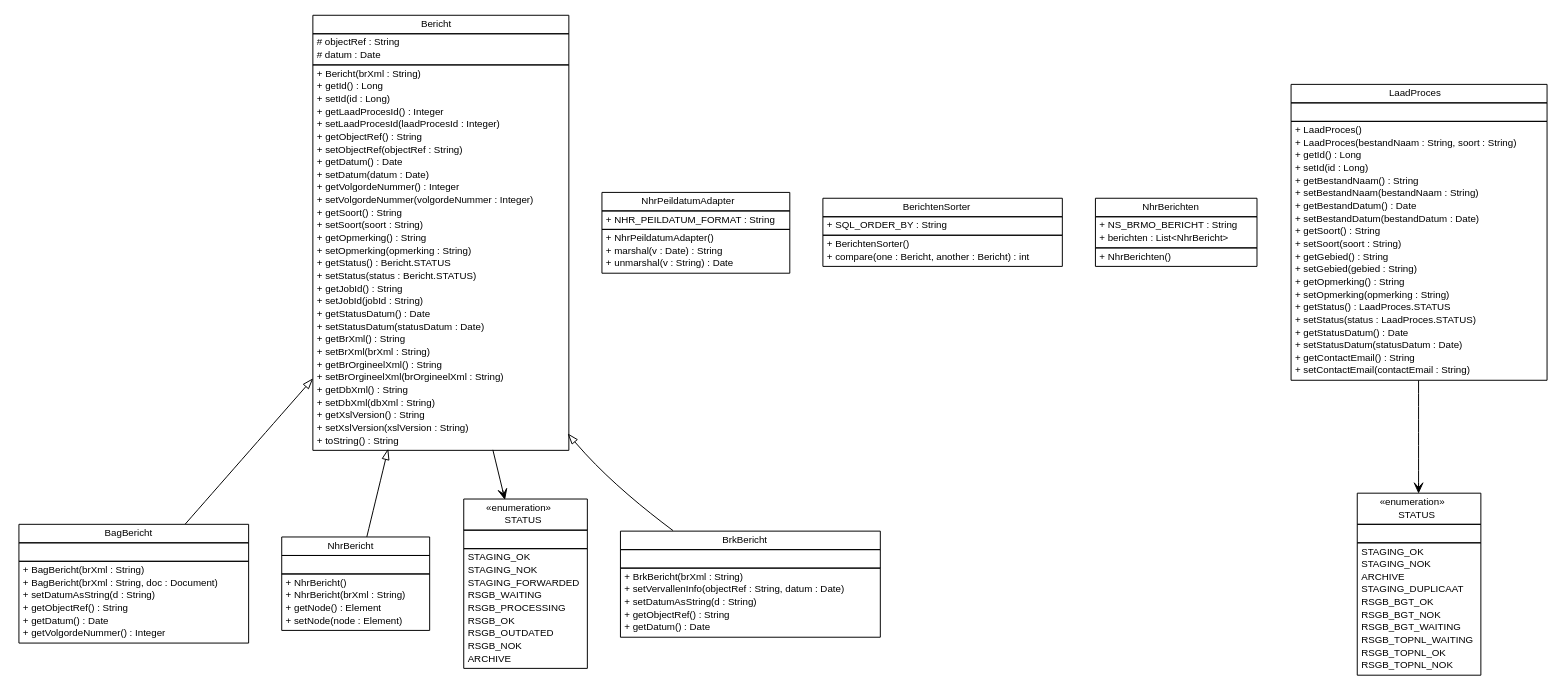
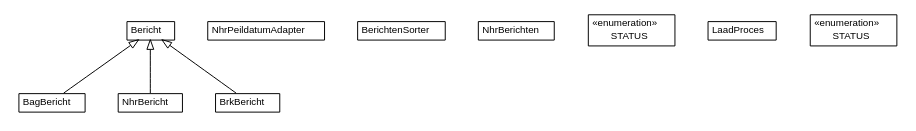
The diagram in brmo-loader/apidocs/nl/b3p/brmo/loader/entity/nl.b3p.brmo.loader.entity.dot (B3Partners/brmo), drawn with Graphviz before and after one commit. The commit also changed 475 other files, not shown here.

```diff
--- a/brmo-loader/apidocs/nl/b3p/brmo/loader/entity/nl.b3p.brmo.loader.entity.dot
+++ b/brmo-loader/apidocs/nl/b3p/brmo/loader/entity/nl.b3p.brmo.loader.entity.dot
@@ -10,217 +10,71 @@
 	nodesep=0.25;
 	ranksep=0.5;
 	// nl.b3p.brmo.loader.entity.BagBericht
-	c232 [label=<<table title="nl.b3p.brmo.loader.entity.BagBericht" border="0" cellborder="1" cellspacing="0" cellpadding="2" port="p" href="./BagBericht.html">
+	c231 [label=<<table title="nl.b3p.brmo.loader.entity.BagBericht" border="0" cellborder="1" cellspacing="0" cellpadding="2" port="p" href="./BagBericht.html">
 		<tr><td><table border="0" cellspacing="0" cellpadding="1">
 <tr><td align="center" balign="center"> BagBericht </td></tr>
 		</table></td></tr>
-		<tr><td><table border="0" cellspacing="0" cellpadding="1">
-<tr><td align="left" balign="left">  </td></tr>
-		</table></td></tr>
-		<tr><td><table border="0" cellspacing="0" cellpadding="1">
-<tr><td align="left" balign="left"> + BagBericht(brXml : String) </td></tr>
-<tr><td align="left" balign="left"> + BagBericht(brXml : String, doc : Document) </td></tr>
-<tr><td align="left" balign="left"> + setDatumAsString(d : String) </td></tr>
-<tr><td align="left" balign="left"> + getObjectRef() : String </td></tr>
-<tr><td align="left" balign="left"> + getDatum() : Date </td></tr>
-<tr><td align="left" balign="left"> + getVolgordeNummer() : Integer </td></tr>
-		</table></td></tr>
 		</table>>, URL="./BagBericht.html", fontname="Helvetica", fontcolor="black", fontsize=10.0];
 	// nl.b3p.brmo.loader.entity.NhrBericht
-	c233 [label=<<table title="nl.b3p.brmo.loader.entity.NhrBericht" border="0" cellborder="1" cellspacing="0" cellpadding="2" port="p" href="./NhrBericht.html">
+	c232 [label=<<table title="nl.b3p.brmo.loader.entity.NhrBericht" border="0" cellborder="1" cellspacing="0" cellpadding="2" port="p" href="./NhrBericht.html">
 		<tr><td><table border="0" cellspacing="0" cellpadding="1">
 <tr><td align="center" balign="center"> NhrBericht </td></tr>
 		</table></td></tr>
-		<tr><td><table border="0" cellspacing="0" cellpadding="1">
-<tr><td align="left" balign="left">  </td></tr>
-		</table></td></tr>
-		<tr><td><table border="0" cellspacing="0" cellpadding="1">
-<tr><td align="left" balign="left"> + NhrBericht() </td></tr>
-<tr><td align="left" balign="left"> + NhrBericht(brXml : String) </td></tr>
-<tr><td align="left" balign="left"> + getNode() : Element </td></tr>
-<tr><td align="left" balign="left"> + setNode(node : Element) </td></tr>
-		</table></td></tr>
 		</table>>, URL="./NhrBericht.html", fontname="Helvetica", fontcolor="black", fontsize=10.0];
 	// nl.b3p.brmo.loader.entity.NhrPeildatumAdapter
-	c234 [label=<<table title="nl.b3p.brmo.loader.entity.NhrPeildatumAdapter" border="0" cellborder="1" cellspacing="0" cellpadding="2" port="p" href="./NhrPeildatumAdapter.html">
+	c233 [label=<<table title="nl.b3p.brmo.loader.entity.NhrPeildatumAdapter" border="0" cellborder="1" cellspacing="0" cellpadding="2" port="p" href="./NhrPeildatumAdapter.html">
 		<tr><td><table border="0" cellspacing="0" cellpadding="1">
 <tr><td align="center" balign="center"> NhrPeildatumAdapter </td></tr>
 		</table></td></tr>
-		<tr><td><table border="0" cellspacing="0" cellpadding="1">
-<tr><td align="left" balign="left"> + NHR_PEILDATUM_FORMAT : String </td></tr>
-		</table></td></tr>
-		<tr><td><table border="0" cellspacing="0" cellpadding="1">
-<tr><td align="left" balign="left"> + NhrPeildatumAdapter() </td></tr>
-<tr><td align="left" balign="left"> + marshal(v : Date) : String </td></tr>
-<tr><td align="left" balign="left"> + unmarshal(v : String) : Date </td></tr>
-		</table></td></tr>
 		</table>>, URL="./NhrPeildatumAdapter.html", fontname="Helvetica", fontcolor="black", fontsize=10.0];
 	// nl.b3p.brmo.loader.entity.BerichtenSorter
-	c235 [label=<<table title="nl.b3p.brmo.loader.entity.BerichtenSorter" border="0" cellborder="1" cellspacing="0" cellpadding="2" port="p" href="./BerichtenSorter.html">
+	c234 [label=<<table title="nl.b3p.brmo.loader.entity.BerichtenSorter" border="0" cellborder="1" cellspacing="0" cellpadding="2" port="p" href="./BerichtenSorter.html">
 		<tr><td><table border="0" cellspacing="0" cellpadding="1">
 <tr><td align="center" balign="center"> BerichtenSorter </td></tr>
 		</table></td></tr>
-		<tr><td><table border="0" cellspacing="0" cellpadding="1">
-<tr><td align="left" balign="left"> + SQL_ORDER_BY : String </td></tr>
-		</table></td></tr>
-		<tr><td><table border="0" cellspacing="0" cellpadding="1">
-<tr><td align="left" balign="left"> + BerichtenSorter() </td></tr>
-<tr><td align="left" balign="left"> + compare(one : Bericht, another : Bericht) : int </td></tr>
-		</table></td></tr>
 		</table>>, URL="./BerichtenSorter.html", fontname="Helvetica", fontcolor="black", fontsize=10.0];
 	// nl.b3p.brmo.loader.entity.NhrBerichten
-	c236 [label=<<table title="nl.b3p.brmo.loader.entity.NhrBerichten" border="0" cellborder="1" cellspacing="0" cellpadding="2" port="p" href="./NhrBerichten.html">
+	c235 [label=<<table title="nl.b3p.brmo.loader.entity.NhrBerichten" border="0" cellborder="1" cellspacing="0" cellpadding="2" port="p" href="./NhrBerichten.html">
 		<tr><td><table border="0" cellspacing="0" cellpadding="1">
 <tr><td align="center" balign="center"> NhrBerichten </td></tr>
 		</table></td></tr>
-		<tr><td><table border="0" cellspacing="0" cellpadding="1">
-<tr><td align="left" balign="left"> + NS_BRMO_BERICHT : String </td></tr>
-<tr><td align="left" balign="left"> + berichten : List&lt;NhrBericht&gt; </td></tr>
-		</table></td></tr>
-		<tr><td><table border="0" cellspacing="0" cellpadding="1">
-<tr><td align="left" balign="left"> + NhrBerichten() </td></tr>
-		</table></td></tr>
 		</table>>, URL="./NhrBerichten.html", fontname="Helvetica", fontcolor="black", fontsize=10.0];
 	// nl.b3p.brmo.loader.entity.Bericht
-	c237 [label=<<table title="nl.b3p.brmo.loader.entity.Bericht" border="0" cellborder="1" cellspacing="0" cellpadding="2" port="p" href="./Bericht.html">
+	c236 [label=<<table title="nl.b3p.brmo.loader.entity.Bericht" border="0" cellborder="1" cellspacing="0" cellpadding="2" port="p" href="./Bericht.html">
 		<tr><td><table border="0" cellspacing="0" cellpadding="1">
 <tr><td align="center" balign="center"> Bericht </td></tr>
 		</table></td></tr>
-		<tr><td><table border="0" cellspacing="0" cellpadding="1">
-<tr><td align="left" balign="left"> # objectRef : String </td></tr>
-<tr><td align="left" balign="left"> # datum : Date </td></tr>
-		</table></td></tr>
-		<tr><td><table border="0" cellspacing="0" cellpadding="1">
-<tr><td align="left" balign="left"> + Bericht(brXml : String) </td></tr>
-<tr><td align="left" balign="left"> + getId() : Long </td></tr>
-<tr><td align="left" balign="left"> + setId(id : Long) </td></tr>
-<tr><td align="left" balign="left"> + getLaadProcesId() : Integer </td></tr>
-<tr><td align="left" balign="left"> + setLaadProcesId(laadProcesId : Integer) </td></tr>
-<tr><td align="left" balign="left"> + getObjectRef() : String </td></tr>
-<tr><td align="left" balign="left"> + setObjectRef(objectRef : String) </td></tr>
-<tr><td align="left" balign="left"> + getDatum() : Date </td></tr>
-<tr><td align="left" balign="left"> + setDatum(datum : Date) </td></tr>
-<tr><td align="left" balign="left"> + getVolgordeNummer() : Integer </td></tr>
-<tr><td align="left" balign="left"> + setVolgordeNummer(volgordeNummer : Integer) </td></tr>
-<tr><td align="left" balign="left"> + getSoort() : String </td></tr>
-<tr><td align="left" balign="left"> + setSoort(soort : String) </td></tr>
-<tr><td align="left" balign="left"> + getOpmerking() : String </td></tr>
-<tr><td align="left" balign="left"> + setOpmerking(opmerking : String) </td></tr>
-<tr><td align="left" balign="left"> + getStatus() : Bericht.STATUS </td></tr>
-<tr><td align="left" balign="left"> + setStatus(status : Bericht.STATUS) </td></tr>
-<tr><td align="left" balign="left"> + getJobId() : String </td></tr>
-<tr><td align="left" balign="left"> + setJobId(jobId : String) </td></tr>
-<tr><td align="left" balign="left"> + getStatusDatum() : Date </td></tr>
-<tr><td align="left" balign="left"> + setStatusDatum(statusDatum : Date) </td></tr>
-<tr><td align="left" balign="left"> + getBrXml() : String </td></tr>
-<tr><td align="left" balign="left"> + setBrXml(brXml : String) </td></tr>
-<tr><td align="left" balign="left"> + getBrOrgineelXml() : String </td></tr>
-<tr><td align="left" balign="left"> + setBrOrgineelXml(brOrgineelXml : String) </td></tr>
-<tr><td align="left" balign="left"> + getDbXml() : String </td></tr>
-<tr><td align="left" balign="left"> + setDbXml(dbXml : String) </td></tr>
-<tr><td align="left" balign="left"> + getXslVersion() : String </td></tr>
-<tr><td align="left" balign="left"> + setXslVersion(xslVersion : String) </td></tr>
-<tr><td align="left" balign="left"> + toString() : String </td></tr>
-		</table></td></tr>
 		</table>>, URL="./Bericht.html", fontname="Helvetica", fontcolor="black", fontsize=10.0];
 	// nl.b3p.brmo.loader.entity.Bericht.STATUS
-	c238 [label=<<table title="nl.b3p.brmo.loader.entity.Bericht.STATUS" border="0" cellborder="1" cellspacing="0" cellpadding="2" port="p" href="./Bericht.STATUS.html">
+	c237 [label=<<table title="nl.b3p.brmo.loader.entity.Bericht.STATUS" border="0" cellborder="1" cellspacing="0" cellpadding="2" port="p" href="./Bericht.STATUS.html">
 		<tr><td><table border="0" cellspacing="0" cellpadding="1">
 <tr><td align="center" balign="center"> &#171;enumeration&#187; </td></tr>
 <tr><td align="center" balign="center"> STATUS </td></tr>
 		</table></td></tr>
-		<tr><td><table border="0" cellspacing="0" cellpadding="1">
-<tr><td align="left" balign="left">  </td></tr>
-		</table></td></tr>
-		<tr><td><table border="0" cellspacing="0" cellpadding="1">
-<tr><td align="left" balign="left"> STAGING_OK </td></tr>
-<tr><td align="left" balign="left"> STAGING_NOK </td></tr>
-<tr><td align="left" balign="left"> STAGING_FORWARDED </td></tr>
-<tr><td align="left" balign="left"> RSGB_WAITING </td></tr>
-<tr><td align="left" balign="left"> RSGB_PROCESSING </td></tr>
-<tr><td align="left" balign="left"> RSGB_OK </td></tr>
-<tr><td align="left" balign="left"> RSGB_OUTDATED </td></tr>
-<tr><td align="left" balign="left"> RSGB_NOK </td></tr>
-<tr><td align="left" balign="left"> ARCHIVE </td></tr>
-		</table></td></tr>
 		</table>>, URL="./Bericht.STATUS.html", fontname="Helvetica", fontcolor="black", fontsize=10.0];
 	// nl.b3p.brmo.loader.entity.BrkBericht
-	c239 [label=<<table title="nl.b3p.brmo.loader.entity.BrkBericht" border="0" cellborder="1" cellspacing="0" cellpadding="2" port="p" href="./BrkBericht.html">
+	c238 [label=<<table title="nl.b3p.brmo.loader.entity.BrkBericht" border="0" cellborder="1" cellspacing="0" cellpadding="2" port="p" href="./BrkBericht.html">
 		<tr><td><table border="0" cellspacing="0" cellpadding="1">
 <tr><td align="center" balign="center"> BrkBericht </td></tr>
 		</table></td></tr>
-		<tr><td><table border="0" cellspacing="0" cellpadding="1">
-<tr><td align="left" balign="left">  </td></tr>
-		</table></td></tr>
-		<tr><td><table border="0" cellspacing="0" cellpadding="1">
-<tr><td align="left" balign="left"> + BrkBericht(brXml : String) </td></tr>
-<tr><td align="left" balign="left"> + setVervallenInfo(objectRef : String, datum : Date) </td></tr>
-<tr><td align="left" balign="left"> + setDatumAsString(d : String) </td></tr>
-<tr><td align="left" balign="left"> + getObjectRef() : String </td></tr>
-<tr><td align="left" balign="left"> + getDatum() : Date </td></tr>
-		</table></td></tr>
 		</table>>, URL="./BrkBericht.html", fontname="Helvetica", fontcolor="black", fontsize=10.0];
 	// nl.b3p.brmo.loader.entity.LaadProces
-	c240 [label=<<table title="nl.b3p.brmo.loader.entity.LaadProces" border="0" cellborder="1" cellspacing="0" cellpadding="2" port="p" href="./LaadProces.html">
+	c239 [label=<<table title="nl.b3p.brmo.loader.entity.LaadProces" border="0" cellborder="1" cellspacing="0" cellpadding="2" port="p" href="./LaadProces.html">
 		<tr><td><table border="0" cellspacing="0" cellpadding="1">
 <tr><td align="center" balign="center"> LaadProces </td></tr>
 		</table></td></tr>
-		<tr><td><table border="0" cellspacing="0" cellpadding="1">
-<tr><td align="left" balign="left">  </td></tr>
-		</table></td></tr>
-		<tr><td><table border="0" cellspacing="0" cellpadding="1">
-<tr><td align="left" balign="left"> + LaadProces() </td></tr>
-<tr><td align="left" balign="left"> + LaadProces(bestandNaam : String, soort : String) </td></tr>
-<tr><td align="left" balign="left"> + getId() : Long </td></tr>
-<tr><td align="left" balign="left"> + setId(id : Long) </td></tr>
-<tr><td align="left" balign="left"> + getBestandNaam() : String </td></tr>
-<tr><td align="left" balign="left"> + setBestandNaam(bestandNaam : String) </td></tr>
-<tr><td align="left" balign="left"> + getBestandDatum() : Date </td></tr>
-<tr><td align="left" balign="left"> + setBestandDatum(bestandDatum : Date) </td></tr>
-<tr><td align="left" balign="left"> + getSoort() : String </td></tr>
-<tr><td align="left" balign="left"> + setSoort(soort : String) </td></tr>
-<tr><td align="left" balign="left"> + getGebied() : String </td></tr>
-<tr><td align="left" balign="left"> + setGebied(gebied : String) </td></tr>
-<tr><td align="left" balign="left"> + getOpmerking() : String </td></tr>
-<tr><td align="left" balign="left"> + setOpmerking(opmerking : String) </td></tr>
-<tr><td align="left" balign="left"> + getStatus() : LaadProces.STATUS </td></tr>
-<tr><td align="left" balign="left"> + setStatus(status : LaadProces.STATUS) </td></tr>
-<tr><td align="left" balign="left"> + getStatusDatum() : Date </td></tr>
-<tr><td align="left" balign="left"> + setStatusDatum(statusDatum : Date) </td></tr>
-<tr><td align="left" balign="left"> + getContactEmail() : String </td></tr>
-<tr><td align="left" balign="left"> + setContactEmail(contactEmail : String) </td></tr>
-		</table></td></tr>
 		</table>>, URL="./LaadProces.html", fontname="Helvetica", fontcolor="black", fontsize=10.0];
 	// nl.b3p.brmo.loader.entity.LaadProces.STATUS
-	c241 [label=<<table title="nl.b3p.brmo.loader.entity.LaadProces.STATUS" border="0" cellborder="1" cellspacing="0" cellpadding="2" port="p" href="./LaadProces.STATUS.html">
+	c240 [label=<<table title="nl.b3p.brmo.loader.entity.LaadProces.STATUS" border="0" cellborder="1" cellspacing="0" cellpadding="2" port="p" href="./LaadProces.STATUS.html">
 		<tr><td><table border="0" cellspacing="0" cellpadding="1">
 <tr><td align="center" balign="center"> &#171;enumeration&#187; </td></tr>
 <tr><td align="center" balign="center"> STATUS </td></tr>
 		</table></td></tr>
-		<tr><td><table border="0" cellspacing="0" cellpadding="1">
-<tr><td align="left" balign="left">  </td></tr>
-		</table></td></tr>
-		<tr><td><table border="0" cellspacing="0" cellpadding="1">
-<tr><td align="left" balign="left"> STAGING_OK </td></tr>
-<tr><td align="left" balign="left"> STAGING_NOK </td></tr>
-<tr><td align="left" balign="left"> ARCHIVE </td></tr>
-<tr><td align="left" balign="left"> STAGING_DUPLICAAT </td></tr>
-<tr><td align="left" balign="left"> RSGB_BGT_OK </td></tr>
-<tr><td align="left" balign="left"> RSGB_BGT_NOK </td></tr>
-<tr><td align="left" balign="left"> RSGB_BGT_WAITING </td></tr>
-<tr><td align="left" balign="left"> RSGB_TOPNL_WAITING </td></tr>
-<tr><td align="left" balign="left"> RSGB_TOPNL_OK </td></tr>
-<tr><td align="left" balign="left"> RSGB_TOPNL_NOK </td></tr>
-		</table></td></tr>
 		</table>>, URL="./LaadProces.STATUS.html", fontname="Helvetica", fontcolor="black", fontsize=10.0];
 	//nl.b3p.brmo.loader.entity.BagBericht extends nl.b3p.brmo.loader.entity.Bericht
-	c237:p -> c232:p [dir=back,arrowtail=empty];
+	c236:p -> c231:p [dir=back,arrowtail=empty];
 	//nl.b3p.brmo.loader.entity.NhrBericht extends nl.b3p.brmo.loader.entity.Bericht
-	c237:p -> c233:p [dir=back,arrowtail=empty];
+	c236:p -> c232:p [dir=back,arrowtail=empty];
 	//nl.b3p.brmo.loader.entity.BrkBericht extends nl.b3p.brmo.loader.entity.Bericht
-	c237:p -> c239:p [dir=back,arrowtail=empty];
-	// nl.b3p.brmo.loader.entity.Bericht NAVASSOC nl.b3p.brmo.loader.entity.Bericht.STATUS
-	c237:p -> c238:p [taillabel="", label="", headlabel="", fontname="Helvetica", fontcolor="black", fontsize=10.0, color="black", arrowhead=open];
-	// nl.b3p.brmo.loader.entity.LaadProces NAVASSOC nl.b3p.brmo.loader.entity.LaadProces.STATUS
-	c240:p -> c241:p [taillabel="", label="", headlabel="", fontname="Helvetica", fontcolor="black", fontsize=10.0, color="black", arrowhead=open];
+	c236:p -> c238:p [dir=back,arrowtail=empty];
 }
```
